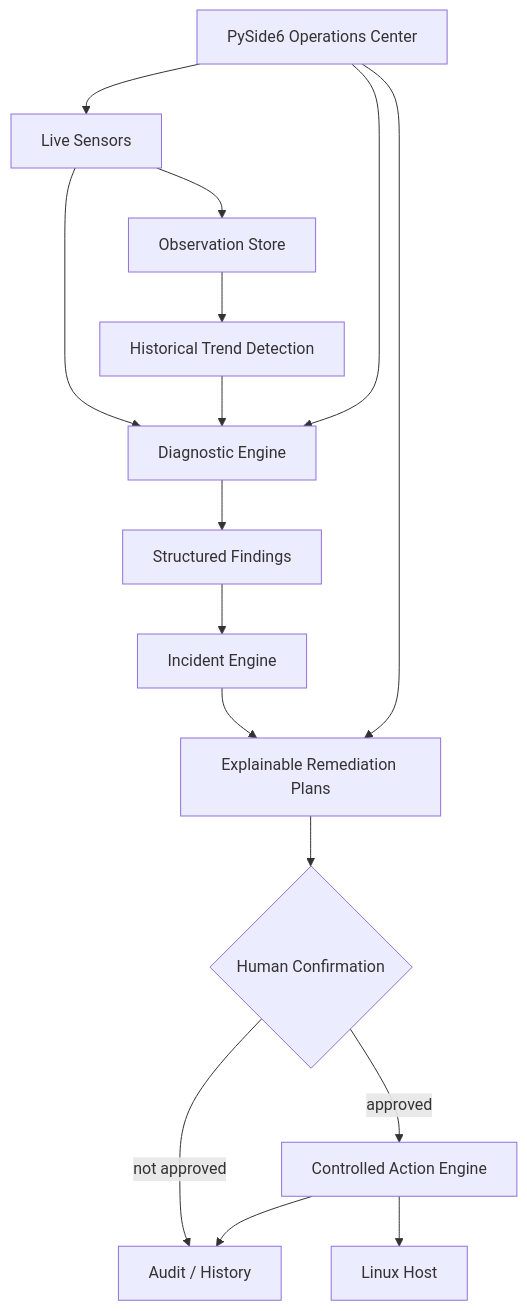
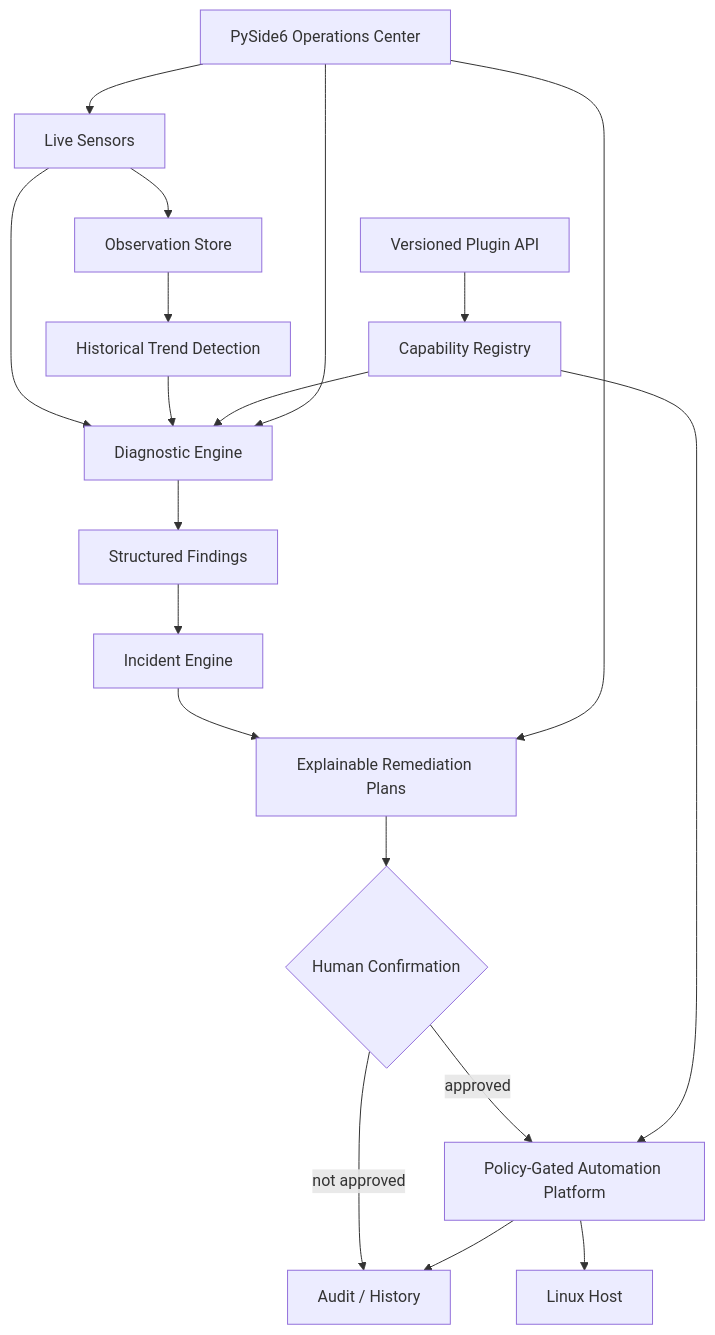
The diagram in README.md (UseBrainNoL0ve/nexus), drawn with Mermaid before and after one commit. The commit also changed other lines of this file and 12 other files, not shown here.

First line of the commit message:
feat: complete GUI plugin and v1 automation milestones

````diff
--- a/README.md
+++ b/README.md
@@ -95,18 +102,21 @@
 ```mermaid
 flowchart TD
     OBS[Live Sensors] --> HIST[Observation Store]
     OBS --> DIAG[Diagnostic Engine]
     HIST --> TREND[Historical Trend Detection]
     TREND --> DIAG
     DIAG --> FINDINGS[Structured Findings]
     FINDINGS --> INCIDENTS[Incident Engine]
     INCIDENTS --> PLAN[Explainable Remediation Plans]
     PLAN --> CONFIRM{Human Confirmation}
-    CONFIRM -->|approved| ACTIONS[Controlled Action Engine]
+    CONFIRM -->|approved| ACTIONS[Policy-Gated Automation Platform]
     CONFIRM -->|not approved| AUDIT[Audit / History]
     ACTIONS --> AUDIT
     ACTIONS --> HOST[Linux Host]
+    PLUGINS[Versioned Plugin API] --> REGISTRY[Capability Registry]
+    REGISTRY --> DIAG
+    REGISTRY --> ACTIONS
     GUI[PySide6 Operations Center] --> OBS
     GUI --> DIAG
     GUI --> PLAN
 ```
````
